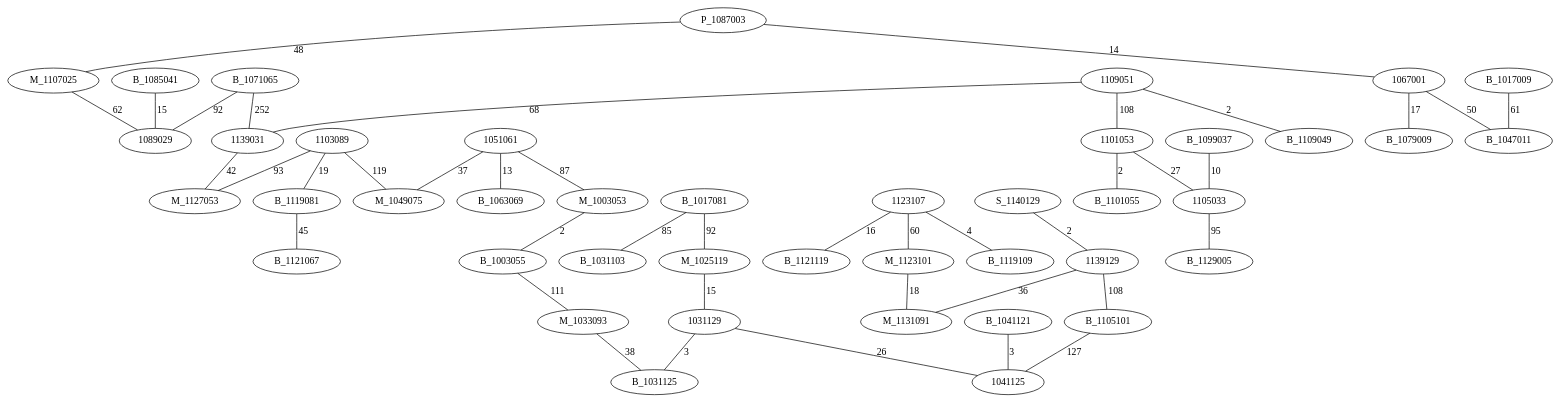
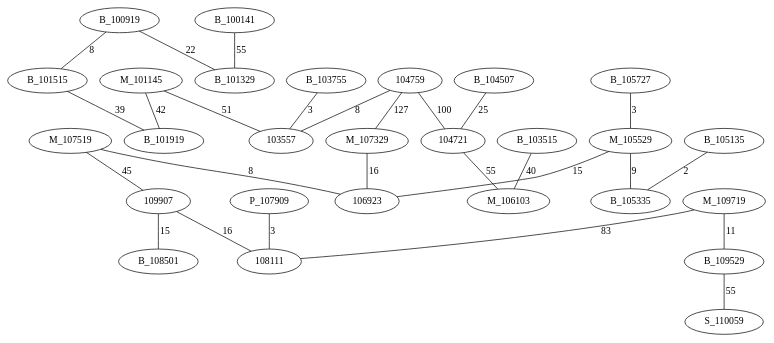
One commit to AsmNoob/Labyrinthe changed the diagram in Graph.dot. Above: the diagram before and after it, drawn with Graphviz. The commit also changed 4 other files, not shown here.

Commit message:
[Graph][Maze][Dijkstra] Added Exception controls

```diff
--- a/Graph.dot
+++ b/Graph.dot
@@ -1,45 +1,30 @@
 graph chemin {
 
-	P_1087003 -- M_1107025 [label=48]
-	P_1087003 -- 1067001 [label=14]
-	1103089 -- M_1049075 [label=119]
-	1103089 -- B_1119081 [label=19]
-	1103089 -- M_1127053 [label=93]
-	B_1071065 -- 1089029 [label=92]
-	B_1071065 -- 1139031 [label=252]
-	1067001 -- B_1079009 [label=17]
-	1067001 -- B_1047011 [label=50]
-	1051061 -- M_1049075 [label=37]
-	1051061 -- B_1063069 [label=13]
-	1051061 -- M_1003053 [label=87]
-	S_1140129 -- 1139129 [label=2]
-	1109051 -- 1101053 [label=108]
-	1109051 -- B_1109049 [label=2]
-	1109051 -- 1139031 [label=68]
-	B_1017081 -- B_1031103 [label=85]
-	B_1017081 -- M_1025119 [label=92]
-	B_1017009 -- B_1047011 [label=61]
-	1123107 -- B_1119109 [label=4]
-	1123107 -- M_1123101 [label=60]
-	1123107 -- B_1121119 [label=16]
-	1139129 -- B_1105101 [label=108]
-	1139129 -- M_1131091 [label=36]
-	M_1123101 -- M_1131091 [label=18]
-	B_1119081 -- B_1121067 [label=45]
-	1139031 -- M_1127053 [label=42]
-	B_1085041 -- 1089029 [label=15]
-	B_1105101 -- 1041125 [label=127]
-	M_1025119 -- 1031129 [label=15]
-	M_1003053 -- B_1003055 [label=2]
-	B_1003055 -- M_1033093 [label=111]
-	1101053 -- B_1101055 [label=2]
-	1101053 -- 1105033 [label=27]
-	M_1107025 -- 1089029 [label=62]
-	M_1033093 -- B_1031125 [label=38]
-	B_1099037 -- 1105033 [label=10]
-	1105033 -- B_1129005 [label=95]
-	1031129 -- 1041125 [label=26]
-	1031129 -- B_1031125 [label=3]
-	B_1041121 -- 1041125 [label=3]
+	P_107909 -- 108111 [label=3]
+	104759 -- 103557 [label=8]
+	104759 -- M_107329 [label=127]
+	104759 -- 104721 [label=100]
+	B_104507 -- 104721 [label=25]
+	B_105727 -- M_105529 [label=3]
+	B_100919 -- B_101515 [label=8]
+	B_100919 -- B_101329 [label=22]
+	M_107519 -- 109907 [label=45]
+	M_107519 -- 106923 [label=8]
+	M_109719 -- 108111 [label=83]
+	M_109719 -- B_109529 [label=11]
+	M_101145 -- 103557 [label=51]
+	M_101145 -- B_101919 [label=42]
+	M_107329 -- 106923 [label=16]
+	B_105135 -- B_105335 [label=2]
+	B_109529 -- S_110059 [label=55]
+	104721 -- M_106103 [label=55]
+	B_103755 -- 103557 [label=3]
+	B_103515 -- M_106103 [label=40]
+	B_101515 -- B_101919 [label=39]
+	109907 -- 108111 [label=16]
+	109907 -- B_108501 [label=15]
+	B_100141 -- B_101329 [label=55]
+	M_105529 -- 106923 [label=15]
+	M_105529 -- B_105335 [label=9]
 
 }
```
